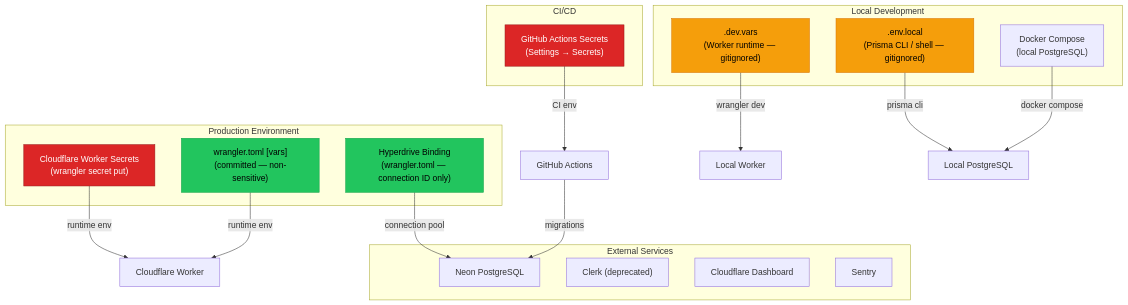
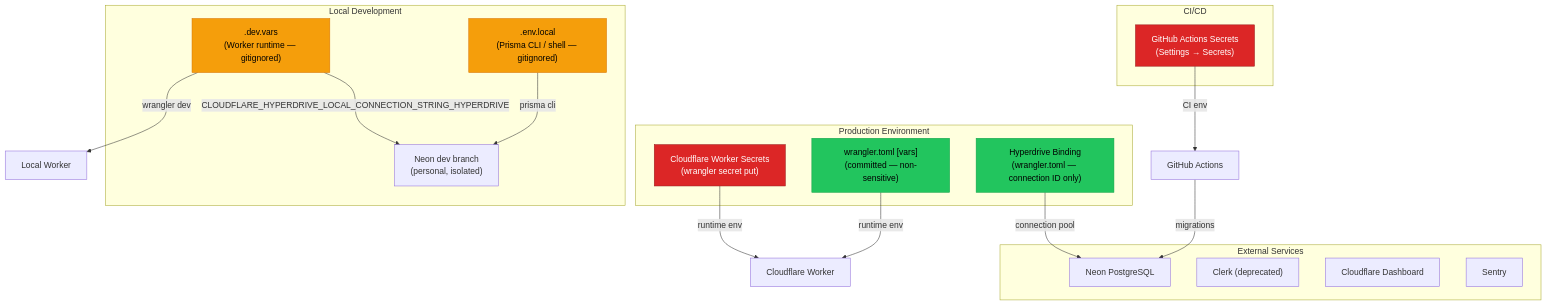
The first of 3 diagrams in docs/deployment/PRODUCTION_SECRETS.md (jaypatrick/adblock-compiler), drawn with Mermaid before and after one commit. The commit also changed other lines of this file and 9 other files, not shown here.

First line of the commit message:
chore: retire HYPERDRIVE_DEV, switch local dev to Neon branching, add D1 migration tracking doc

````diff
--- a/docs/deployment/PRODUCTION_SECRETS.md
+++ b/docs/deployment/PRODUCTION_SECRETS.md
@@ -27,41 +27,41 @@
 ```mermaid
 flowchart TD
     subgraph Production["Production Environment"]
         WS["Cloudflare Worker Secrets\n(wrangler secret put)"]
         WV["wrangler.toml [vars]\n(committed — non-sensitive)"]
         HY["Hyperdrive Binding\n(wrangler.toml — connection ID only)"]
     end
 
     subgraph CI["CI/CD"]
         GH["GitHub Actions Secrets\n(Settings → Secrets)"]
     end
 
     subgraph Local["Local Development"]
         DV[".dev.vars\n(Worker runtime — gitignored)"]
         EL[".env.local\n(Prisma CLI / shell — gitignored)"]
-        DC["Docker Compose\n(local PostgreSQL)"]
+        NB["Neon dev branch\n(personal, isolated)"]
     end
 
     subgraph External["External Services"]
         NE["Neon PostgreSQL"]
         CL["Clerk (deprecated)"]
         CF["Cloudflare Dashboard"]
         SE["Sentry"]
     end
 
     WS -->|"runtime env"| Worker["Cloudflare Worker"]
     WV -->|"runtime env"| Worker
     HY -->|"connection pool"| NE
     GH -->|"CI env"| Actions["GitHub Actions"]
     Actions -->|"migrations"| NE
     DV -->|"wrangler dev"| LocalWorker["Local Worker"]
-    EL -->|"prisma cli"| LocalDB["Local PostgreSQL"]
-    DC -->|"docker compose"| LocalDB
+    EL -->|"prisma cli"| NB
+    DV -->|"CLOUDFLARE_HYPERDRIVE_LOCAL_CONNECTION_STRING_HYPERDRIVE"| NB
 
     style WS fill:#dc2626,color:#fff,stroke:#991b1b
     style GH fill:#dc2626,color:#fff,stroke:#991b1b
     style DV fill:#f59e0b,color:#000,stroke:#d97706
     style EL fill:#f59e0b,color:#000,stroke:#d97706
     style WV fill:#22c55e,color:#000,stroke:#16a34a
     style HY fill:#22c55e,color:#000,stroke:#16a34a
 ```
````
